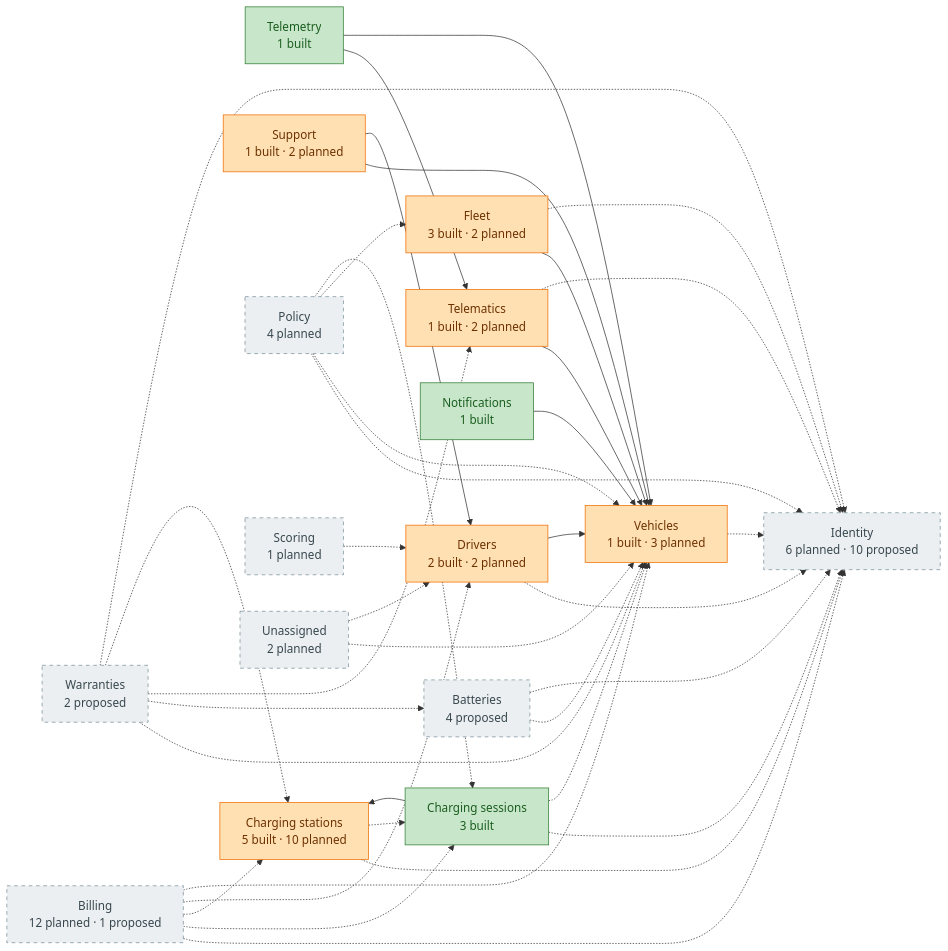
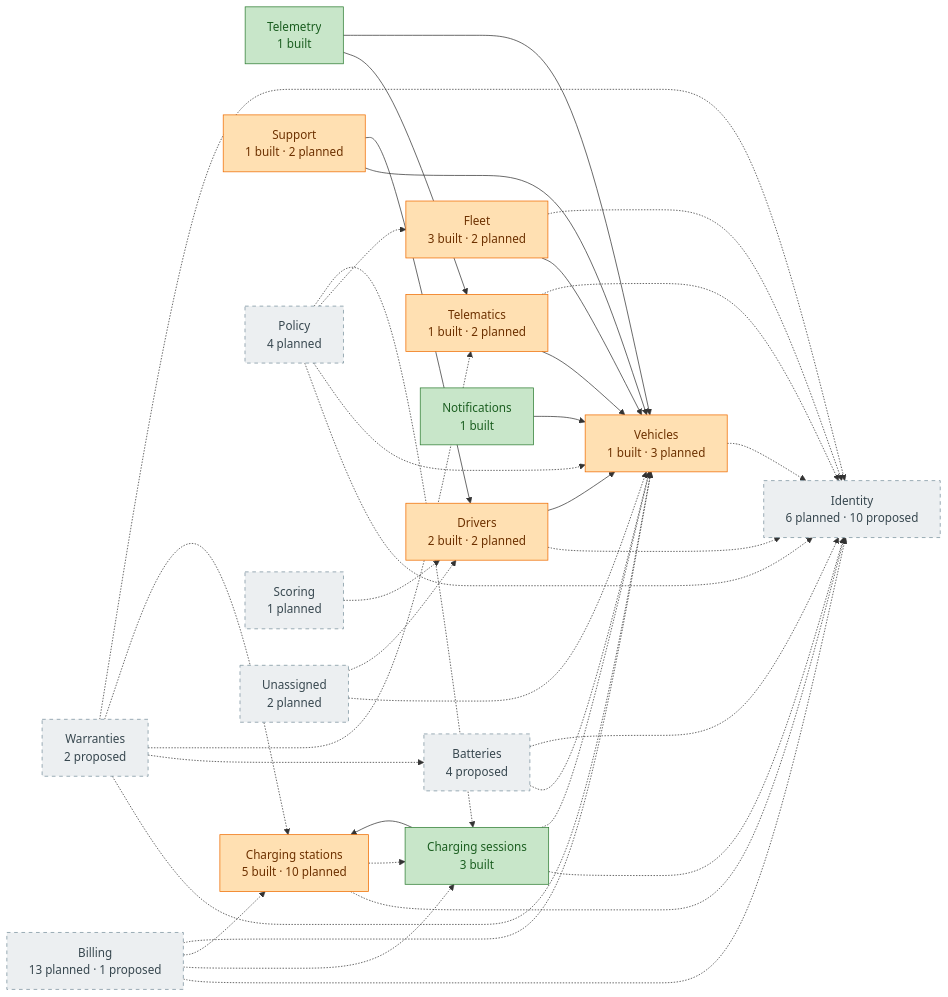
One commit to yolo-coccoc/G3Network-app changed the diagram in docs/design/domain-model/overview.md. Above: the diagram before and after it, drawn with Mermaid. The commit also changed other lines of this file and 10 other files, not shown here.

````diff
--- a/docs/design/domain-model/overview.md
+++ b/docs/design/domain-model/overview.md
@@ -28,58 +28,57 @@
 ```mermaid
 flowchart LR
   identity["Identity<br/>6 planned · 10 proposed"]:::planned
   vehicles["Vehicles<br/>1 built · 3 planned"]:::partial
   batteries["Batteries<br/>4 proposed"]:::planned
   warranties["Warranties<br/>2 proposed"]:::planned
   telematics["Telematics<br/>1 built · 2 planned"]:::partial
   telemetry["Telemetry<br/>1 built"]:::built
   drivers["Drivers<br/>2 built · 2 planned"]:::partial
   fleet["Fleet<br/>3 built · 2 planned"]:::partial
   charging_stations["Charging stations<br/>5 built · 10 planned"]:::partial
   charging_sessions["Charging sessions<br/>3 built"]:::built
   notifications["Notifications<br/>1 built"]:::built
   support["Support<br/>1 built · 2 planned"]:::partial
   policy["Policy<br/>4 planned"]:::planned
-  billing["Billing<br/>12 planned · 1 proposed"]:::planned
+  billing["Billing<br/>13 planned · 1 proposed"]:::planned
   scoring["Scoring<br/>1 planned"]:::planned
   unassigned["Unassigned<br/>2 planned"]:::planned
   batteries -.-> vehicles
   warranties -.-> vehicles
   warranties -.-> batteries
   warranties -.-> telematics
   warranties -.-> charging_stations
   telematics --> vehicles
   telemetry --> telematics
   telemetry --> vehicles
   drivers -.-> identity
   drivers --> vehicles
   fleet --> vehicles
   fleet -.-> identity
   charging_stations -.-> identity
   charging_stations -.-> charging_sessions
   charging_sessions --> charging_stations
   charging_sessions -.-> identity
   charging_sessions -.-> vehicles
   notifications --> vehicles
   support --> vehicles
   support --> drivers
   policy -.-> identity
   policy -.-> vehicles
   policy -.-> fleet
   policy -.-> charging_sessions
   billing -.-> identity
   billing -.-> charging_sessions
   billing -.-> charging_stations
-  billing -.-> drivers
   billing -.-> vehicles
   scoring -.-> drivers
   unassigned -.-> vehicles
   unassigned -.-> drivers
   vehicles -.-> identity
   batteries -.-> identity
   warranties -.-> identity
   telematics -.-> identity
   classDef built fill:#C8E6C9,stroke:#2E7D32,color:#1B5E20
   classDef partial fill:#FFE0B2,stroke:#EF6C00,color:#6D3100
   classDef planned fill:#ECEFF1,stroke:#78909C,color:#37474F,stroke-dasharray:5 5
 ```
````
